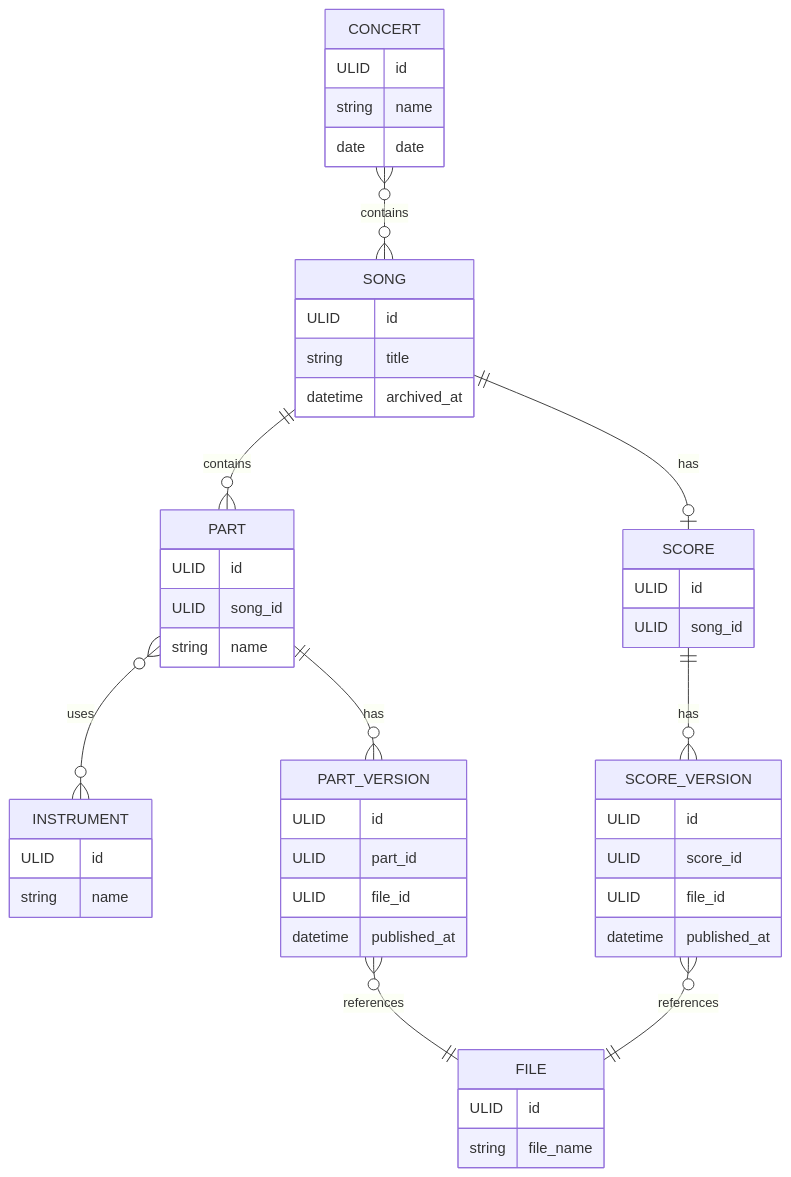
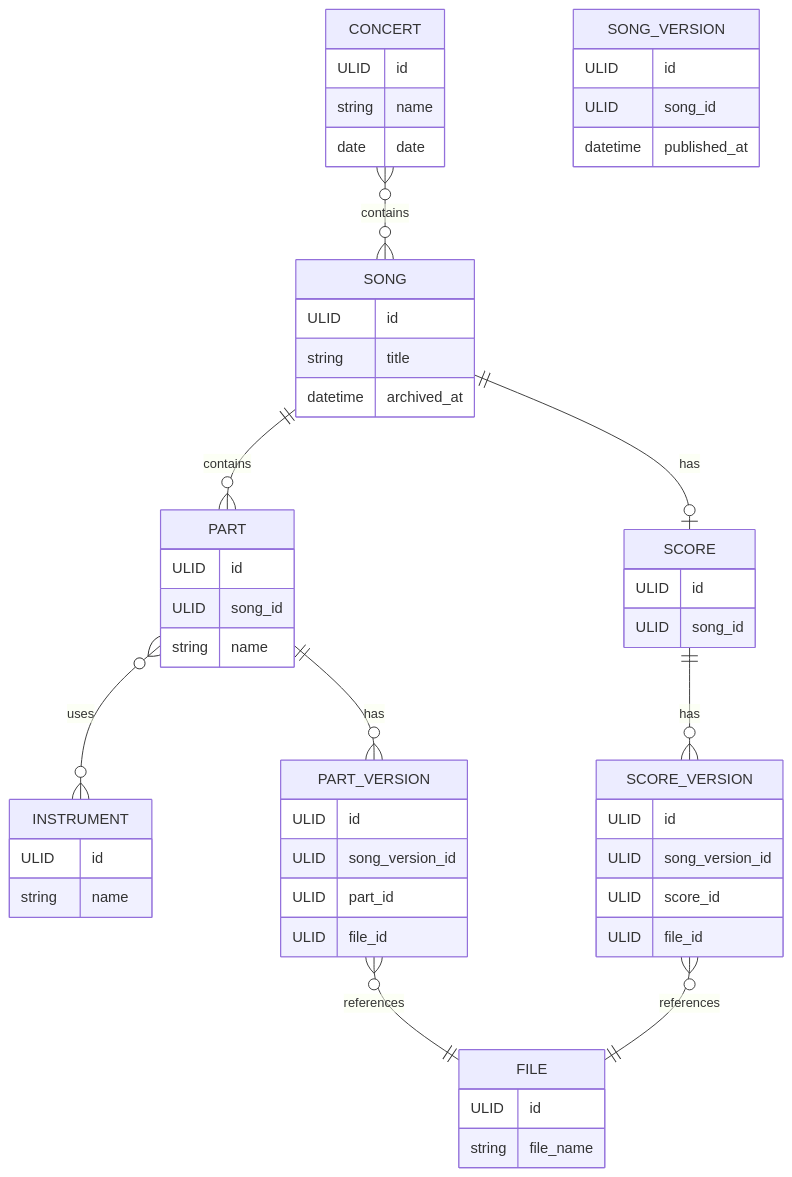
Before and after one commit to erikdsp/notbibliotek: the diagram in docs/domain-model.md, drawn with Mermaid. The commit also changed 1 other file, not shown here.

Commit message:
feat: new domain model with song version update openapi

````diff
--- a/docs/domain-model.md
+++ b/docs/domain-model.md
@@ -3,58 +3,64 @@
 ```mermaid
 erDiagram
     SONG ||--o| SCORE : has
     SONG ||--o{ PART : contains
     PART }o--o{ INSTRUMENT : uses
     PART ||--o{ PART_VERSION : has
     SCORE ||--o{ SCORE_VERSION : has
     PART_VERSION }o--|| FILE : references
     SCORE_VERSION }o--|| FILE : references
     CONCERT }o--o{ SONG : contains
 
     SONG {
         ULID id
         string title
         datetime archived_at
     }
 
     SCORE {
         ULID id
         ULID song_id
     }
 
     PART {
         ULID id
         ULID song_id
         string name
     }
 
     INSTRUMENT {
         ULID id
         string name
     }
 
+    SONG_VERSION {
+        ULID id
+        ULID song_id
+        datetime published_at
+    }
+
     PART_VERSION {
         ULID id
+        ULID song_version_id
         ULID part_id
         ULID file_id
-        datetime published_at
     }
 
     SCORE_VERSION {
         ULID id
+        ULID song_version_id
         ULID score_id
         ULID file_id
-        datetime published_at
     }
 
     FILE {
         ULID id
         string file_name
     }
 
     CONCERT {
         ULID id
         string name
         date date
     }
 ```
````
